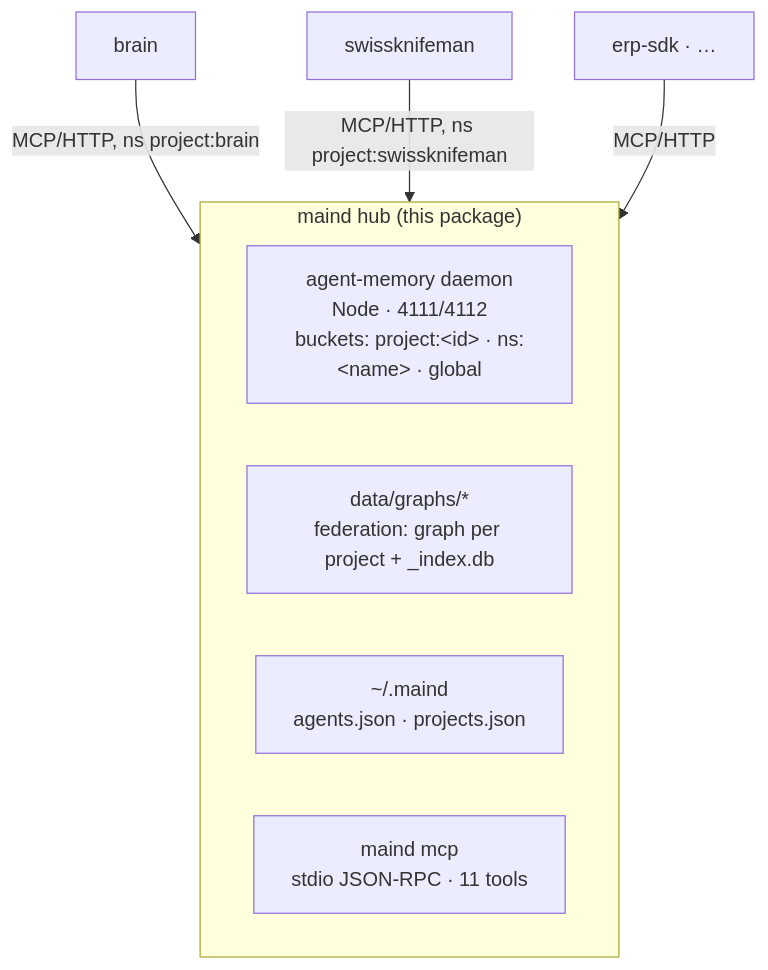
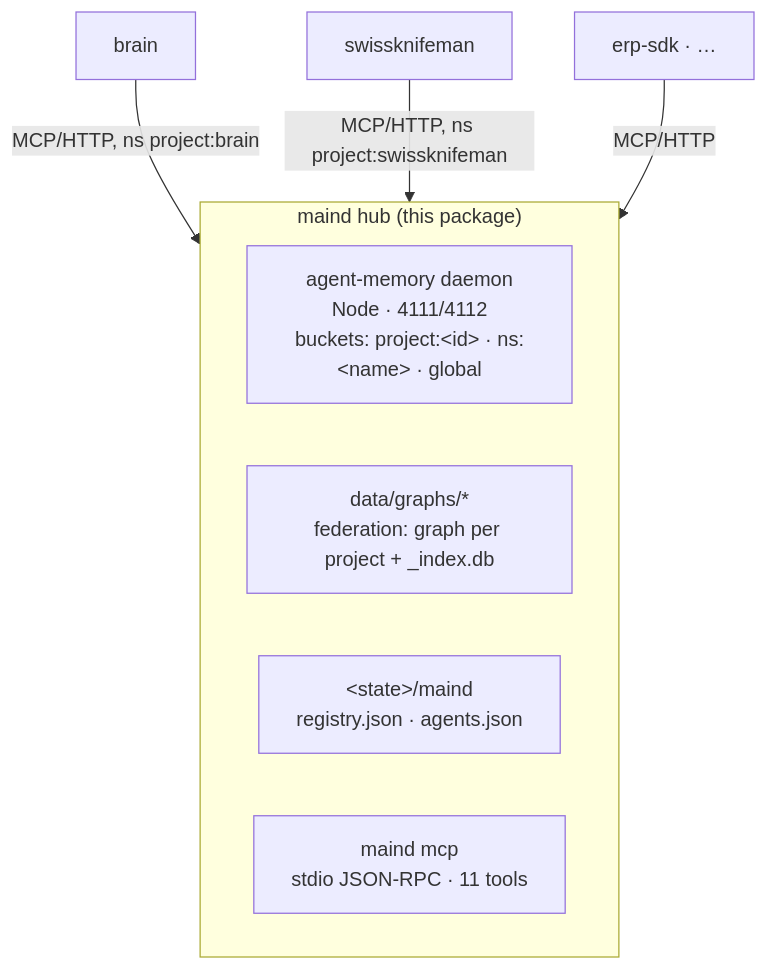
One commit to academici/swissknifeman changed the first of 2 diagrams in packages/maind/docs/architecture.md. Above: the diagram before and after it, drawn with Mermaid. The commit also changed other lines of this file and 74 other files, not shown here.

````diff
--- a/packages/maind/docs/architecture.md
+++ b/packages/maind/docs/architecture.md
@@ -12,12 +12,12 @@
 ```mermaid
 graph TD
   subgraph hub["maind hub (this package)"]
     M["agent-memory daemon<br/>Node · 4111/4112<br/>buckets: project:&lt;id&gt; · ns:&lt;name&gt; · global"]
     G["data/graphs/*<br/>federation: graph per project + _index.db"]
-    R["~/.maind<br/>agents.json · projects.json"]
+    R["&lt;state&gt;/maind<br/>registry.json · agents.json"]
     MCP["maind mcp<br/>stdio JSON-RPC · 11 tools"]
   end
   brain -->|MCP/HTTP, ns project:brain| hub
   swissknifeman -->|MCP/HTTP, ns project:swissknifeman| hub
   erp["erp-sdk · …"] -->|MCP/HTTP| hub
 ```
````
